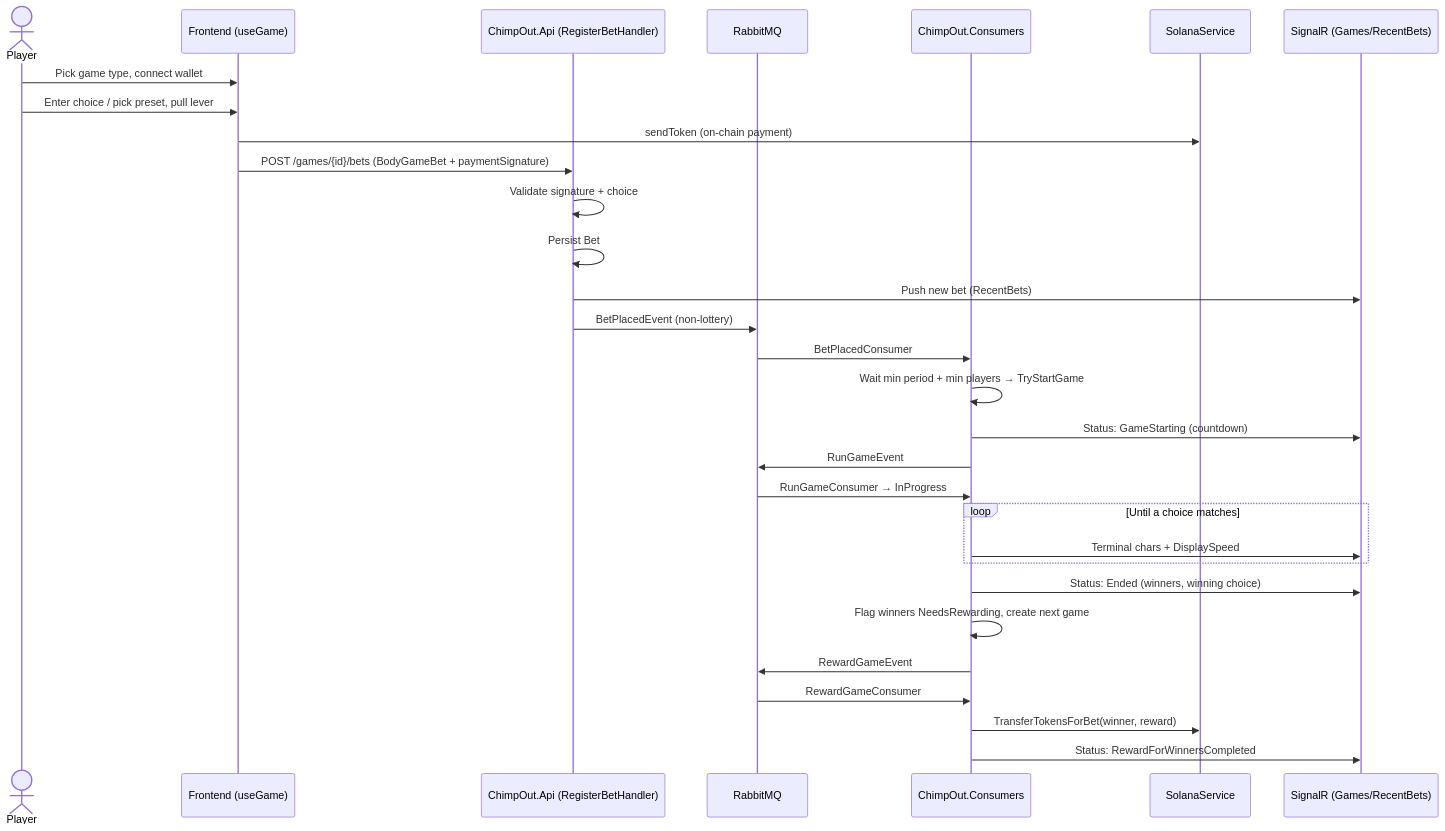
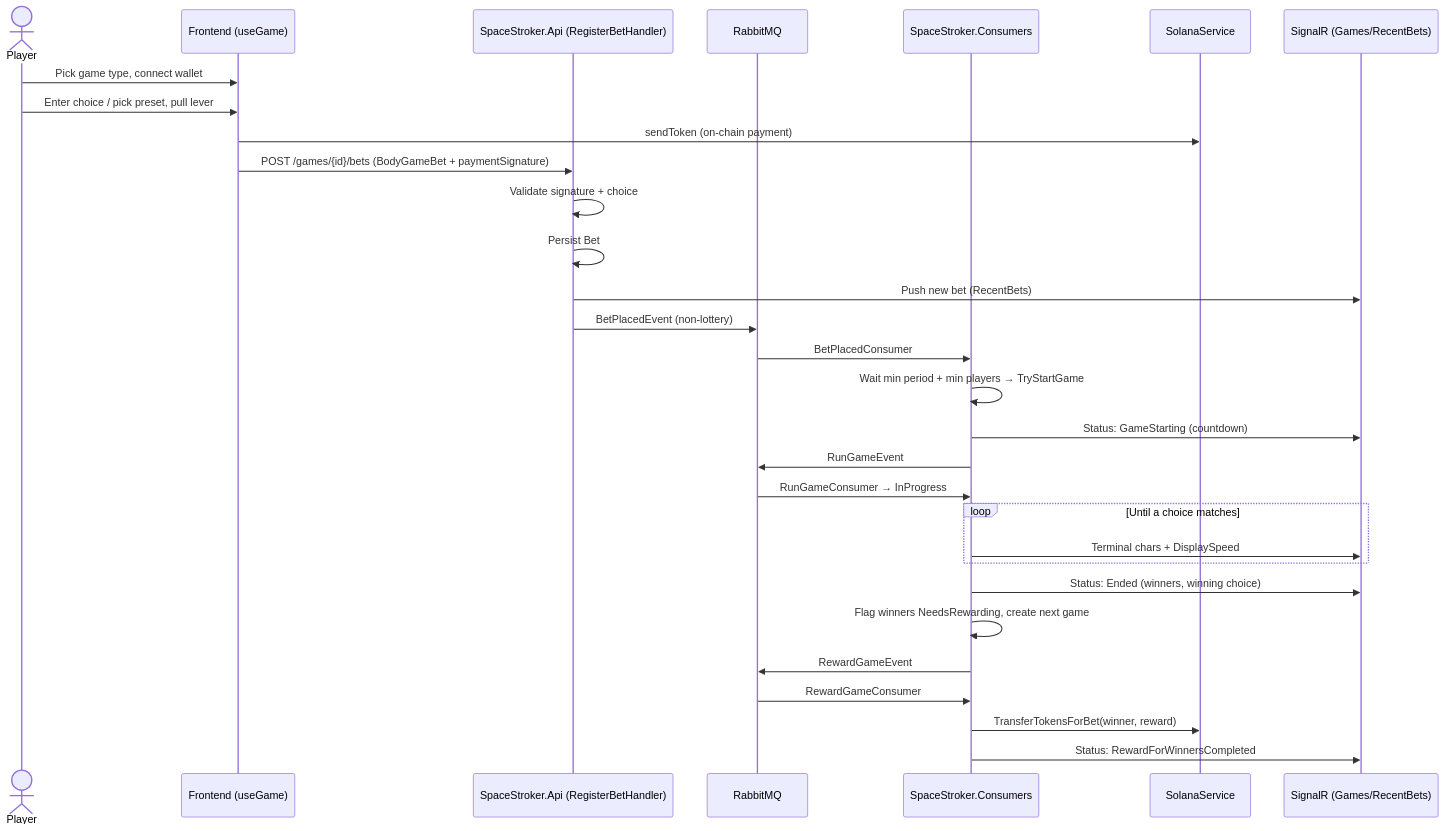
The first of 2 diagrams in features/games.md (marcusruas/monkify-meta), drawn with Mermaid before and after one commit. The commit also changed other lines of this file and 99 other files, not shown here.

First line of the commit message:
Rename ChimpOut -> SpaceStroker across deploy + KB (#75).

````diff
--- a/features/games.md
+++ b/features/games.md
@@ -339,33 +339,33 @@
 ```mermaid
 sequenceDiagram
     actor Player
     participant FE as Frontend (useGame)
-    participant API as ChimpOut.Api (RegisterBetHandler)
+    participant API as SpaceStroker.Api (RegisterBetHandler)
     participant MQ as RabbitMQ
-    participant C as ChimpOut.Consumers
+    participant C as SpaceStroker.Consumers
     participant SOL as SolanaService
     participant WS as SignalR (Games/RecentBets)
 
     Player->>FE: Pick game type, connect wallet
     Player->>FE: Enter choice / pick preset, pull lever
     FE->>SOL: sendToken (on-chain payment)
     FE->>API: POST /games/{id}/bets (BodyGameBet + paymentSignature)
     API->>API: Validate signature + choice
     API->>API: Persist Bet
     API->>WS: Push new bet (RecentBets)
     API->>MQ: BetPlacedEvent (non-lottery)
     MQ->>C: BetPlacedConsumer
     C->>C: Wait min period + min players → TryStartGame
     C->>WS: Status: GameStarting (countdown)
     C->>MQ: RunGameEvent
     MQ->>C: RunGameConsumer → InProgress
     loop Until a choice matches
         C->>WS: Terminal chars + DisplaySpeed
     end
     C->>WS: Status: Ended (winners, winning choice)
     C->>C: Flag winners NeedsRewarding, create next game
     C->>MQ: RewardGameEvent
     MQ->>C: RewardGameConsumer
     C->>SOL: TransferTokensForBet(winner, reward)
     C->>WS: Status: RewardForWinnersCompleted
 ```
````
